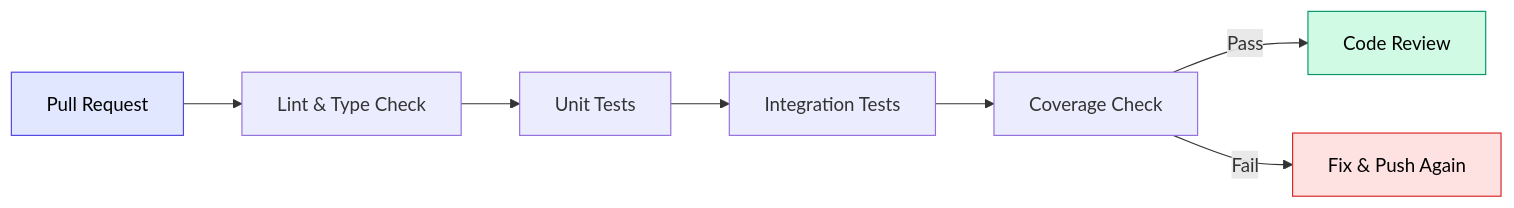
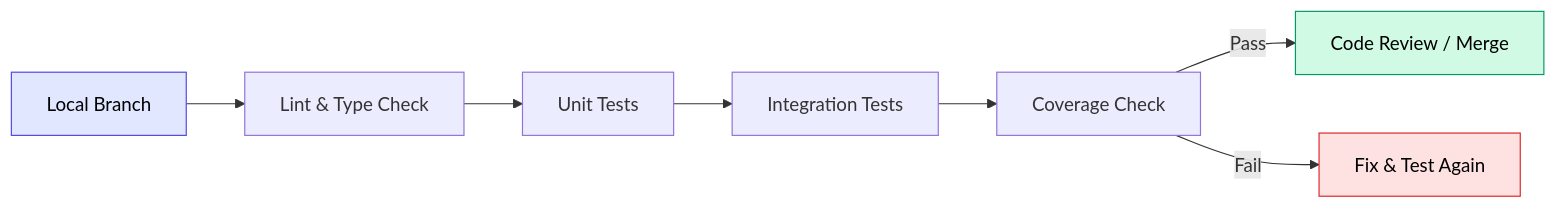
The third of 3 diagrams in skill-sop-sdlc/ref/06_TESTING/6.1_Testing_Strategy_Overview.md (Siam-GS-Battery/agent-skill), drawn with Mermaid before and after one commit. The commit also changed other lines of this file and 8 other files, not shown here.

````diff
--- a/skill-sop-sdlc/ref/06_TESTING/6.1_Testing_Strategy_Overview.md
+++ b/skill-sop-sdlc/ref/06_TESTING/6.1_Testing_Strategy_Overview.md
@@ -121,13 +121,13 @@
 ```mermaid
 graph LR
-    PR["Pull Request"] --> LINT["Lint & Type Check"]
+    BRANCH["Local Branch"] --> LINT["Lint & Type Check"]
     LINT --> UNIT["Unit Tests"]
     UNIT --> INT["Integration Tests"]
     INT --> COV["Coverage Check"]
-    COV -->|Pass| REVIEW["Code Review"]
-    COV -->|Fail| FIX["Fix & Push Again"]
+    COV -->|Pass| REVIEW["Code Review / Merge"]
+    COV -->|Fail| FIX["Fix & Test Again"]
 
-    style PR fill:#e0e7ff,stroke:#4f46e5,color:#000
+    style BRANCH fill:#e0e7ff,stroke:#4f46e5,color:#000
     style REVIEW fill:#d1fae5,stroke:#059669,color:#000
     style FIX fill:#fee2e2,stroke:#dc2626,color:#000
 ```
````
